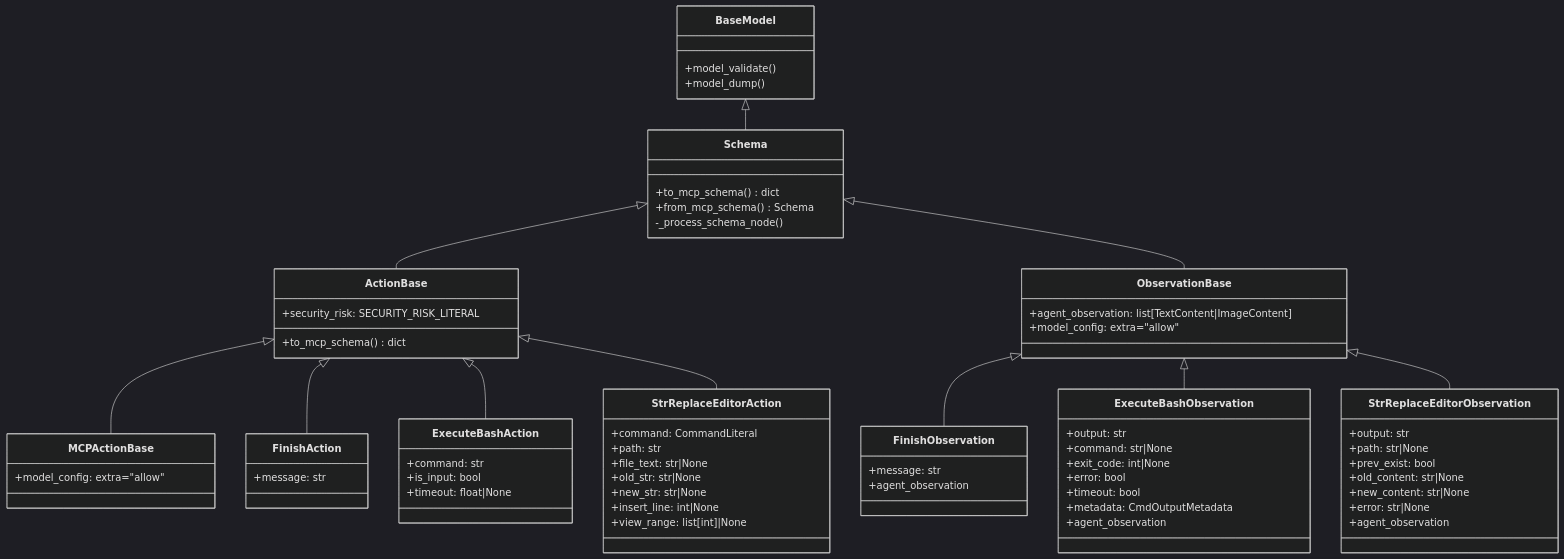
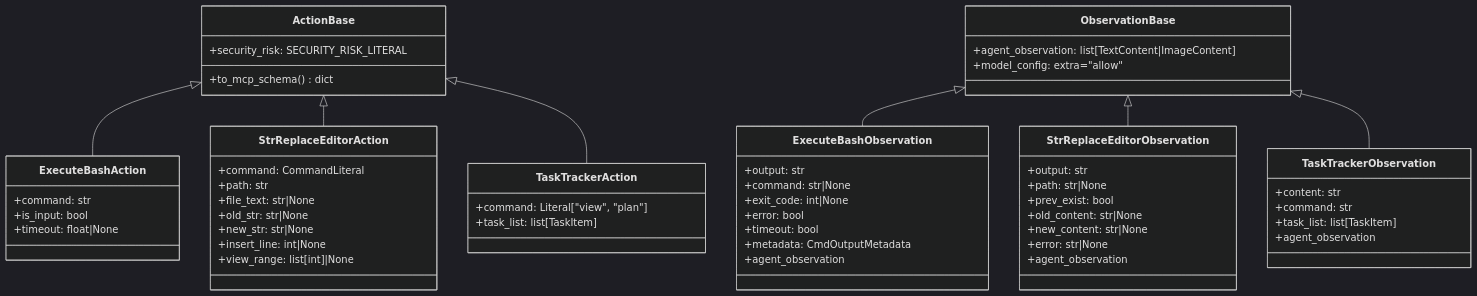
One commit to vivekvjnk/agent-sdk changed the second of 3 diagrams in docs/tools-system.md. Above: the diagram before and after it, drawn with Mermaid (dark theme). The commit also changed other lines of this file and 2 other files, not shown here.

````diff
--- a/docs/tools-system.md
+++ b/docs/tools-system.md
@@ -148,32 +159,13 @@
 ```mermaid
 classDiagram
-    class BaseModel {
-        +model_validate()
-        +model_dump()
-    }
-    
-    class Schema {
-        +to_mcp_schema() dict
-        +from_mcp_schema() Schema
-        -_process_schema_node()
-    }
-    
     class ActionBase {
         +security_risk: SECURITY_RISK_LITERAL
         +to_mcp_schema() dict
     }
     
-    class MCPActionBase {
-        +model_config: extra="allow"
-    }
-    
     class ObservationBase {
         +agent_observation: list[TextContent|ImageContent]
         +model_config: extra="allow"
-    }
-    
-    class FinishAction {
-        +message: str
     }
     
     class ExecuteBashAction {
@@ -192,9 +184,9 @@
         +view_range: list[int]|None
     }
     
-    class FinishObservation {
-        +message: str
-        +agent_observation
+    class TaskTrackerAction {
+        +command: Literal["view", "plan"]
+        +task_list: list[TaskItem]
     }
     
     class ExecuteBashObservation {
@@ -217,14 +209,17 @@
         +agent_observation
     }
     
-    BaseModel <|-- Schema
-    Schema <|-- ActionBase
-    Schema <|-- ObservationBase
-    ActionBase <|-- MCPActionBase
-    ActionBase <|-- FinishAction
+    class TaskTrackerObservation {
+        +content: str
+        +command: str
+        +task_list: list[TaskItem]
+        +agent_observation
+    }
+    
     ActionBase <|-- ExecuteBashAction
     ActionBase <|-- StrReplaceEditorAction
-    ObservationBase <|-- FinishObservation
+    ActionBase <|-- TaskTrackerAction
     ObservationBase <|-- ExecuteBashObservation
     ObservationBase <|-- StrReplaceEditorObservation
+    ObservationBase <|-- TaskTrackerObservation
 ```
````
